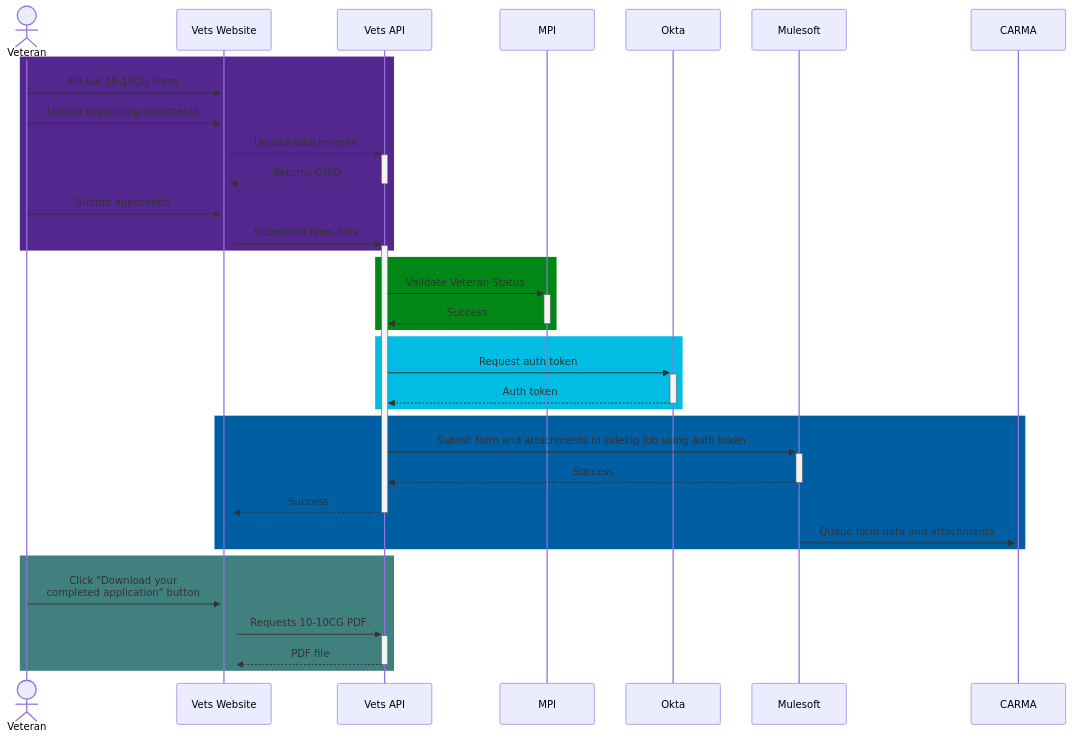
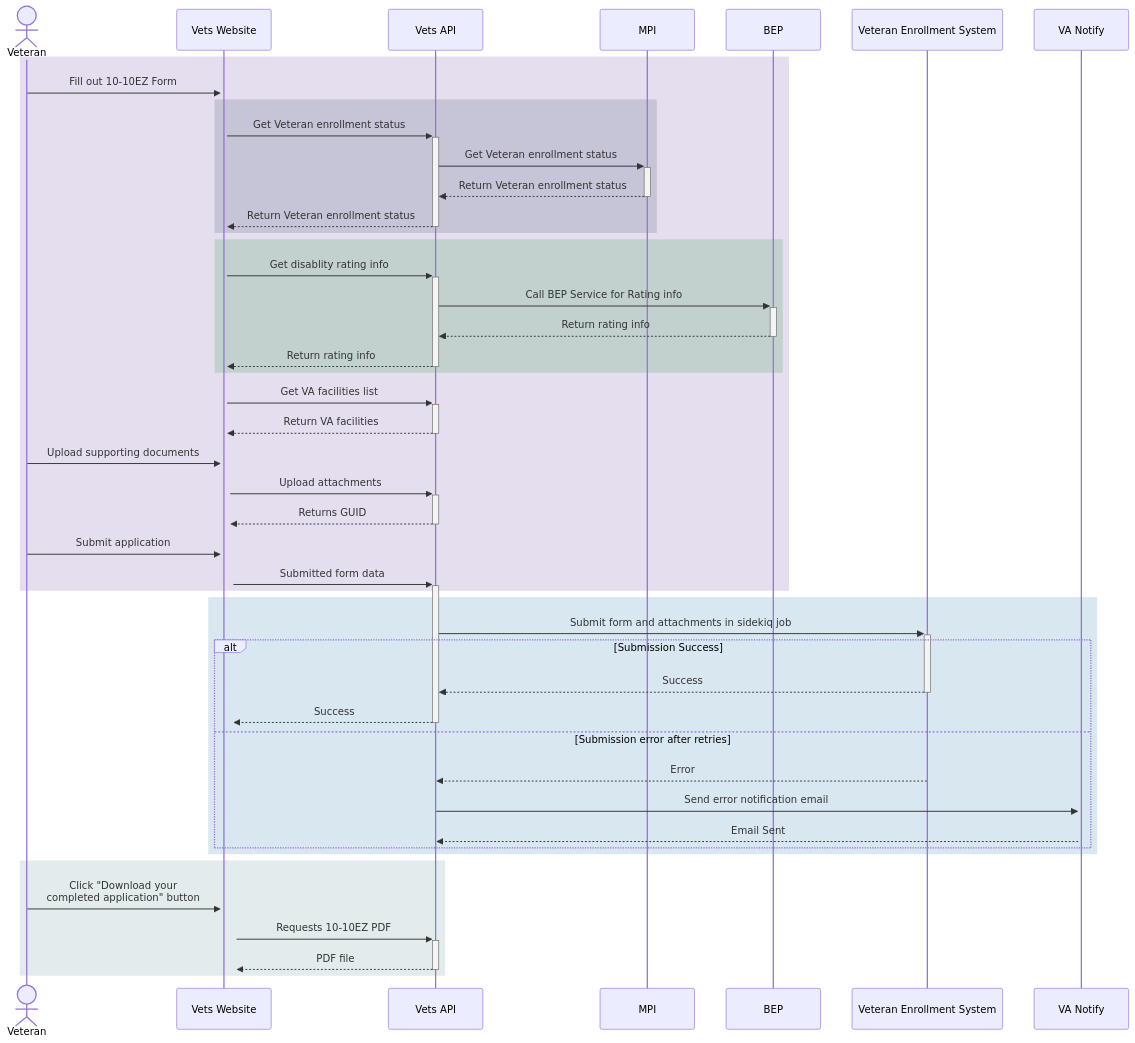
Before and after one commit to department-of-veterans-affairs/va.gov-team: the diagram in products/health-care/application/va-application/engineering/architecture/10-10EZ Sequence Diagram.md, drawn with Mermaid.

Commit message:
update 10-10EZ sequence diagram

````diff
--- a/products/health-care/application/va-application/engineering/architecture/10-10EZ Sequence Diagram.md
+++ b/products/health-care/application/va-application/engineering/architecture/10-10EZ Sequence Diagram.md
@@ -1,44 +1,58 @@
 ```mermaid
 sequenceDiagram
   actor Veteran as Veteran
 
   participant vets-website as Vets Website
   participant vets-api as Vets API
   participant mpi as MPI
+  participant bep as BEP
 
-  participant Okta
-  participant mulesoft as Mulesoft
-  participant carma as CARMA
+  participant VES as Veteran Enrollment System
+  participant vanotify as VA Notify
 
-  rect rgb(84, 39, 143)
-  Veteran ->>+ vets-website: Fill out 10-10CG Form
+  %% Form Filling Section - Purple with transparency
+  rect rgba(84, 39, 143, 0.15)
+  Veteran ->>+ vets-website: Fill out 10-10EZ Form
+    %% Facility Search Section - Dark Blue with transparency
+    rect rgba(22, 46, 81, 0.15)
+    vets-website ->>+ vets-api: Get Veteran enrollment status
+    vets-api ->>+ mpi: Get Veteran enrollment status
+    mpi -->>- vets-api: Return Veteran enrollment status
+    vets-api -->>- vets-website: Return Veteran enrollment status
+    end
+    %% MPI Validation Section - Green with transparency
+    rect rgba(0, 136, 23, 0.15)
+    vets-website ->>+ vets-api: Get disablity rating info
+    vets-api ->>+ bep: Call BEP Service for Rating info
+    bep -->>- vets-api: Return rating info
+    vets-api -->>- vets-website: Return rating info
+    end
+  vets-website ->>+ vets-api: Get VA facilities list
+  vets-api -->>- vets-website: Return VA facilities
   Veteran ->>+ vets-website: Upload supporting documents
   vets-website ->>+ vets-api: Upload attachments
   vets-api -->>- vets-website: Returns GUID
   Veteran ->>+ vets-website: Submit application
   vets-website ->>+ vets-api: Submitted form data
   end
 
-  rect rgb(0, 136, 23)
-  vets-api ->>+ mpi: Validate Veteran Status
-  mpi -->>- vets-api: Success
+  %% VES Submission Section - Deep Blue with transparency
+  rect rgba(0, 94, 162, 0.15)
+  vets-api ->>+ VES: Submit form and attachments in sidekiq job
+  alt Submission Success
+    VES -->>- vets-api: Success
+    vets-api -->>- vets-website: Success
+  else Submission error after retries
+    VES -->> vets-api: Error
+    vets-api ->>+ vanotify: Send error notification email
+    vanotify -->> vets-api: Email Sent
+  end
   end
 
-  rect rgb(0, 189, 227)
-  vets-api ->>+ Okta: Request auth token
-  Okta -->>- vets-api: Auth token
-  end
-
-  rect rgb(0, 94, 162)
-  vets-api ->>+ mulesoft: Submit form and attachments in sidekiq job using auth token
-  mulesoft -->>- vets-api: Success
-  vets-api -->>- vets-website: Success
-  mulesoft ->>+ carma: Queue form data and attachments
-  end
-
-  rect rgb(64, 128, 126)
+  %% PDF Download Section - Teal with transparency
+  rect rgba(64, 128, 126, 0.15)
   Veteran ->>+ vets-website: Click "Download your <br> completed application" button
-  vets-website ->>+ vets-api: Requests 10-10CG PDF
+  vets-website ->>+ vets-api: Requests 10-10EZ PDF
   vets-api -->>- vets-website: PDF file
   end
 ```
````
